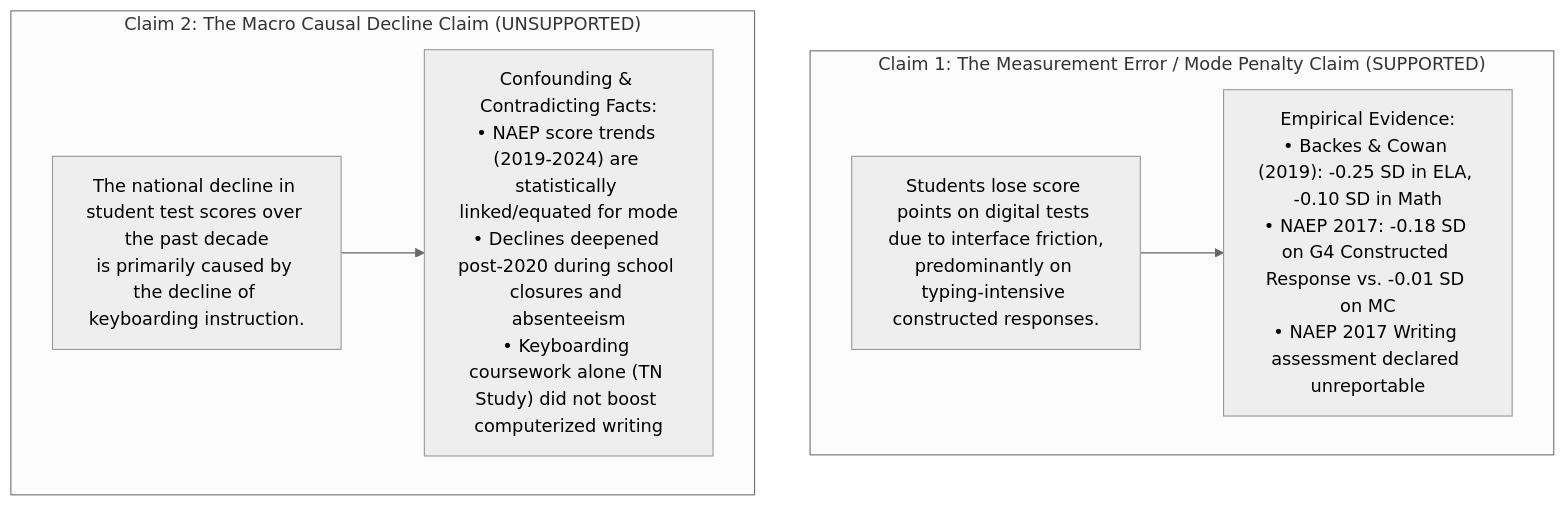
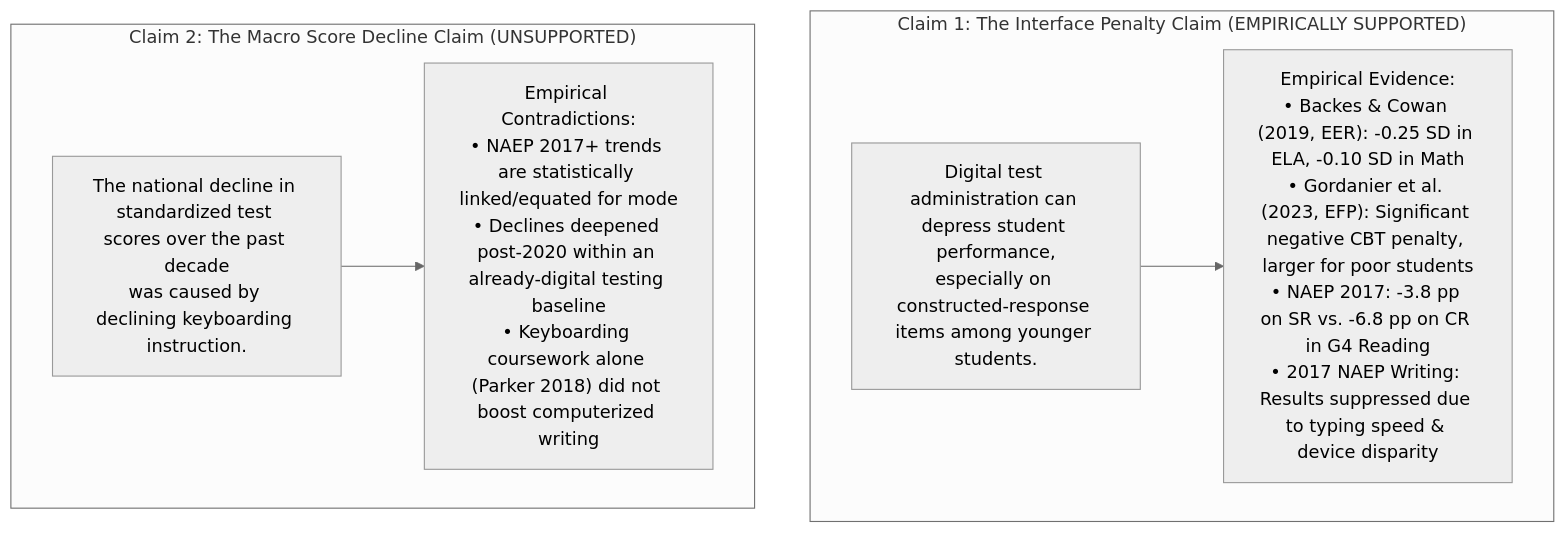
The first of 2 diagrams in 2026/2026-10-09-keyboarding-mode-effects/docs/research_design.md (admiralorbiter/computational-sketchbook), drawn with Mermaid (neutral theme) before and after one commit. The commit also changed other lines of this file and 35 other files, not shown here.

Commit message:
fix(2026-10-09-keyboarding-mode-effects): audit source fidelity, reconcile NAEP units, correct literature citations, and calibrate claims

````diff
--- a/2026/2026-10-09-keyboarding-mode-effects/docs/research_design.md
+++ b/2026/2026-10-09-keyboarding-mode-effects/docs/research_design.md
@@ -22,14 +22,14 @@
 ```mermaid
 flowchart TD
-    subgraph Claim1["Claim 1: The Measurement Error / Mode Penalty Claim (SUPPORTED)"]
-        C1["Students lose score points on digital tests due to interface friction,\npredominantly on typing-intensive constructed responses."]
-        E1["Empirical Evidence:\n• Backes & Cowan (2019): -0.25 SD in ELA, -0.10 SD in Math\n• NAEP 2017: -0.18 SD on G4 Constructed Response vs. -0.01 SD on MC\n• NAEP 2017 Writing assessment declared unreportable"]
+    subgraph Claim1["Claim 1: The Interface Penalty Claim (EMPIRICALLY SUPPORTED)"]
+        C1["Digital test administration can depress student performance,\nespecially on constructed-response items among younger students."]
+        E1["Empirical Evidence:\n• Backes & Cowan (2019, EER): -0.25 SD in ELA, -0.10 SD in Math\n• Gordanier et al. (2023, EFP): Significant negative CBT penalty, larger for poor students\n• NAEP 2017: -3.8 pp on SR vs. -6.8 pp on CR in G4 Reading\n• 2017 NAEP Writing: Results suppressed due to typing speed & device disparity"]
         C1 --> E1
     end
 
-    subgraph Claim2["Claim 2: The Macro Causal Decline Claim (UNSUPPORTED)"]
-        C2["The national decline in student test scores over the past decade\nis primarily caused by the decline of keyboarding instruction."]
-        E2["Confounding & Contradicting Facts:\n• NAEP score trends (2019-2024) are statistically linked/equated for mode\n• Declines deepened post-2020 during school closures and absenteeism\n• Keyboarding coursework alone (TN Study) did not boost computerized writing"]
+    subgraph Claim2["Claim 2: The Macro Score Decline Claim (UNSUPPORTED)"]
+        C2["The national decline in standardized test scores over the past decade\nwas caused by declining keyboarding instruction."]
+        E2["Empirical Contradictions:\n• NAEP 2017+ trends are statistically linked/equated for mode\n• Declines deepened post-2020 within an already-digital testing baseline\n• Keyboarding coursework alone (Parker 2018) did not boost computerized writing"]
         C2 --> E2
     end
 ```
````
